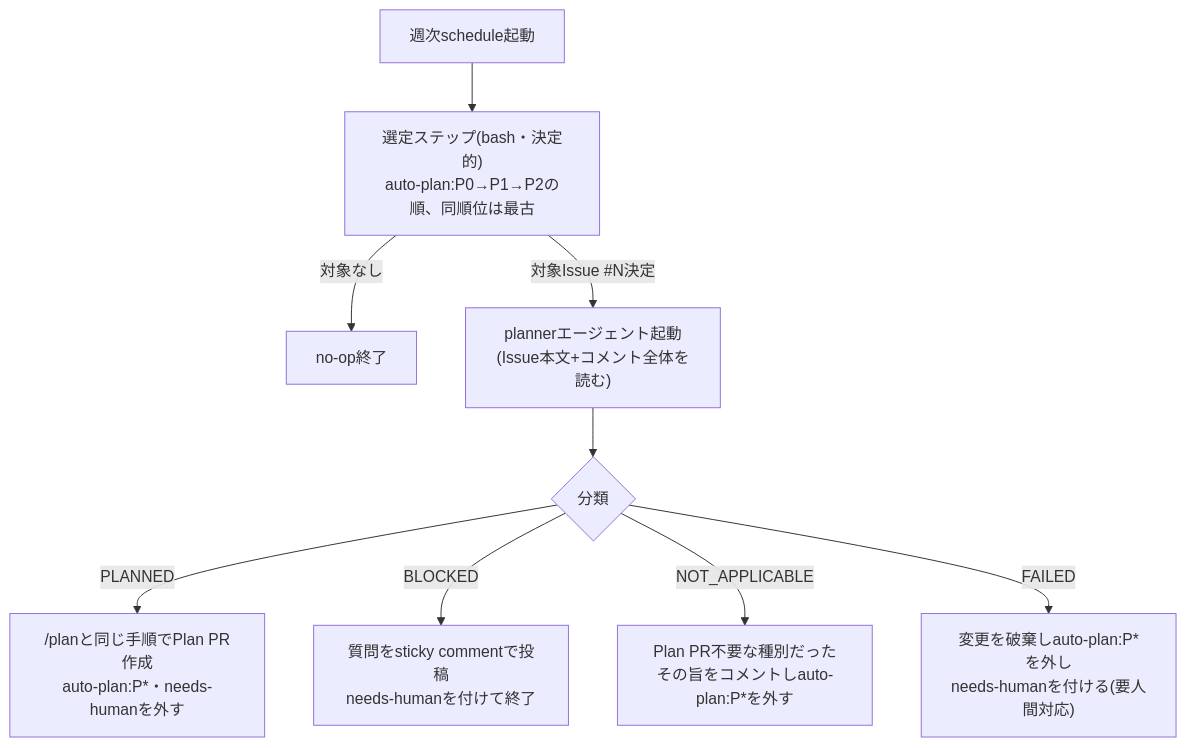
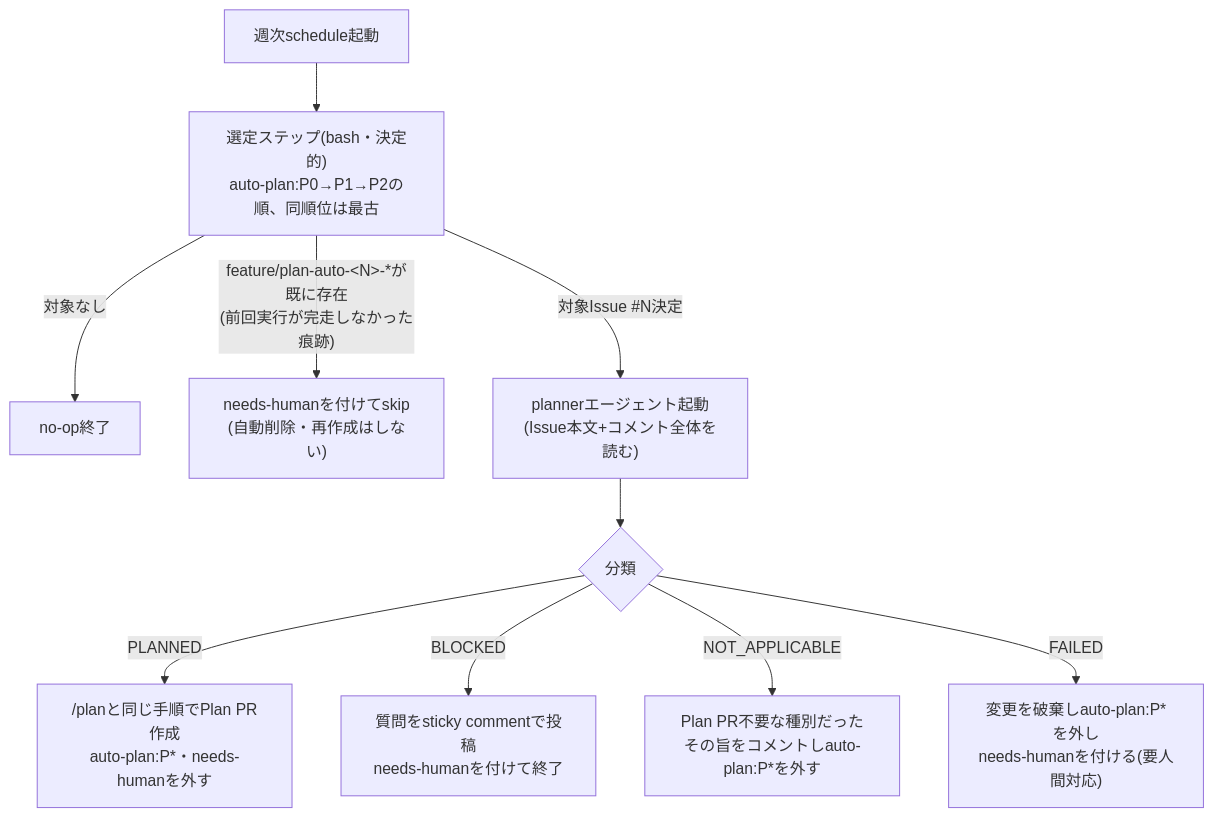
Before and after one commit to ebichan88/swiss-stage: the fifth of 5 diagrams in .claude/01_development_docs/11_cicd_design.md, drawn with Mermaid. The commit also changed other lines of this file and 2 other files, not shown here.

````diff
--- a/.claude/01_development_docs/11_cicd_design.md
+++ b/.claude/01_development_docs/11_cicd_design.md
@@ -582,11 +582,12 @@
 ```mermaid
 flowchart TD
     A["週次schedule起動"] --> B["選定ステップ(bash・決定的)<br/>auto-plan:P0→P1→P2の順、同順位は最古"]
     B -->|"対象なし"| Z["no-op終了"]
+    B -->|"feature/plan-auto-&lt;N&gt;-*が既に存在<br/>(前回実行が完走しなかった痕跡)"| I["needs-humanを付けてskip<br/>(自動削除・再作成はしない)"]
     B -->|"対象Issue #N決定"| C["plannerエージェント起動<br/>(Issue本文+コメント全体を読む)"]
     C --> D{"分類"}
     D -->|"PLANNED"| E["/planと同じ手順でPlan PR作成<br/>auto-plan:P*・needs-humanを外す"]
     D -->|"BLOCKED"| F["質問をsticky commentで投稿<br/>needs-humanを付けて終了"]
     D -->|"NOT_APPLICABLE"| G["Plan PR不要な種別だった<br/>その旨をコメントしauto-plan:P*を外す"]
     D -->|"FAILED"| H["変更を破棄しauto-plan:P*を外し<br/>needs-humanを付ける(要人間対応)"]
 ```
````
